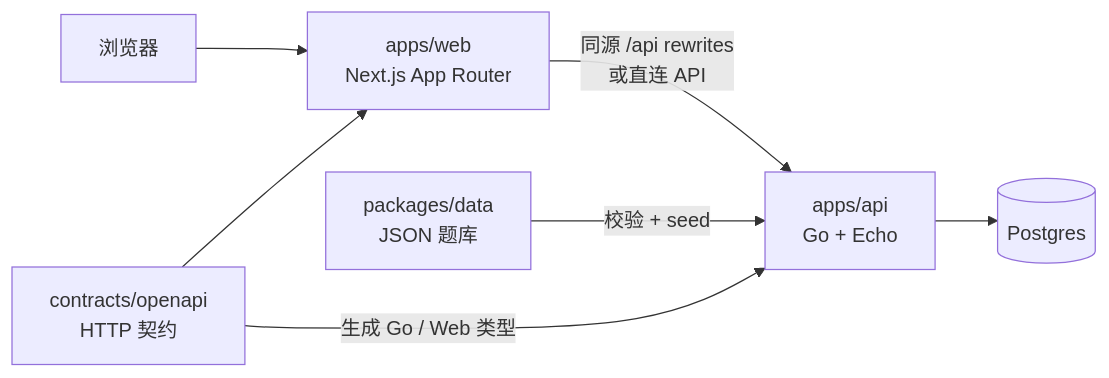
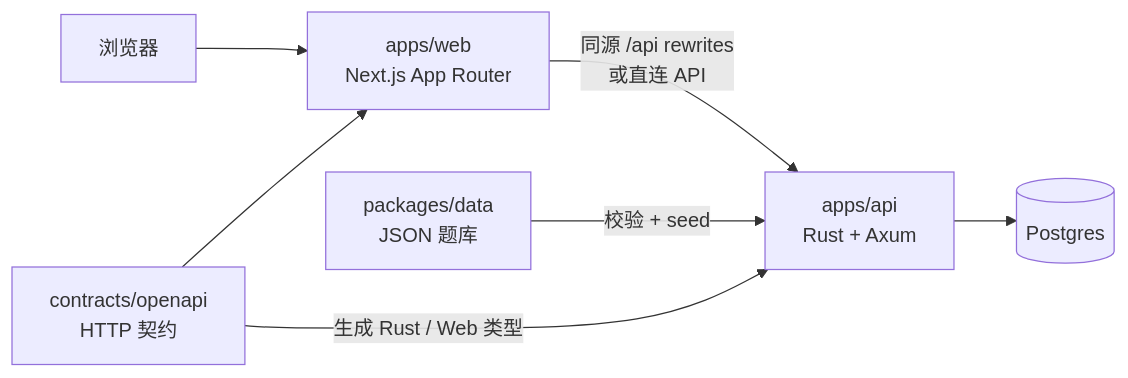
Before and after one commit to jachinzhang1/TouhouFlandre: the diagram in README.md, drawn with Mermaid. The commit also changed other lines of this file and 414 other files, not shown here.

First line of the commit message:
feat(api): replace Go backend with layered Rust services

````diff
--- a/README.md
+++ b/README.md
@@ -124,9 +124,9 @@
 ```mermaid
 flowchart LR
     U[浏览器] --> W[apps/web<br/>Next.js App Router]
-    W -->|同源 /api rewrites<br/>或直连 API| A[apps/api<br/>Go + Echo]
+    W -->|同源 /api rewrites<br/>或直连 API| A[apps/api<br/>Rust + Axum]
     A --> P[(Postgres)]
     D[packages/data<br/>JSON 题库] -->|校验 + seed| A
-    O[contracts/openapi<br/>HTTP 契约] -->|生成 Go / Web 类型| A
+    O[contracts/openapi<br/>HTTP 契约] -->|生成 Rust / Web 类型| A
     O --> W
 ```
````
